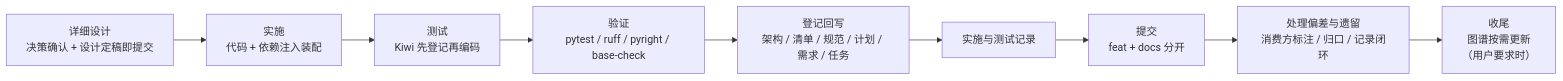
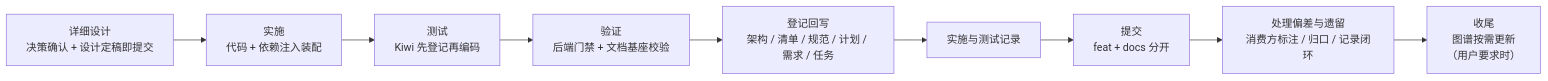
One commit to minjian123/basic-management-system changed the third of 3 diagrams in bms文档/规范/AI开发规范.md. Above: the diagram before and after it, drawn with Mermaid. The commit also changed other lines of this file and 14 other files, not shown here.

````diff
--- a/bms文档/规范/AI开发规范.md
+++ b/bms文档/规范/AI开发规范.md
@@ -84,11 +84,11 @@
 ```mermaid
 flowchart LR
     D["详细设计<br/>决策确认 + 设计定稿即提交"] --> I["实施<br/>代码 + 依赖注入装配"]
     I --> T["测试<br/>Kiwi 先登记再编码"]
-    T --> V["验证<br/>pytest / ruff / pyright / base-check"]
+    T --> V["验证<br/>后端门禁 + 文档基座校验"]
     V --> R["登记回写<br/>架构 / 清单 / 规范 / 计划 / 需求 / 任务"]
     R --> W["实施与测试记录"]
     W --> C["提交<br/>feat + docs 分开"]
     C --> L["处理偏差与遗留<br/>消费方标注 / 归口 / 记录闭环"]
     L --> G["收尾<br/>图谱按需更新<br/>（用户要求时）"]
 ```
````
